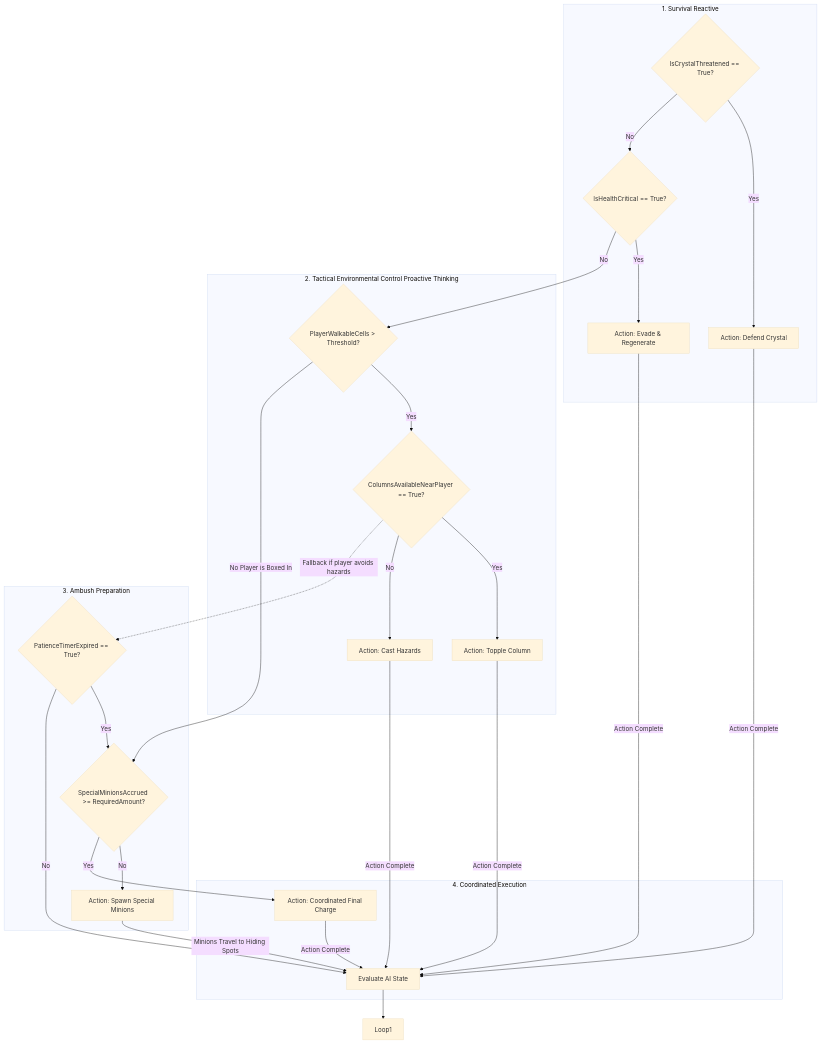
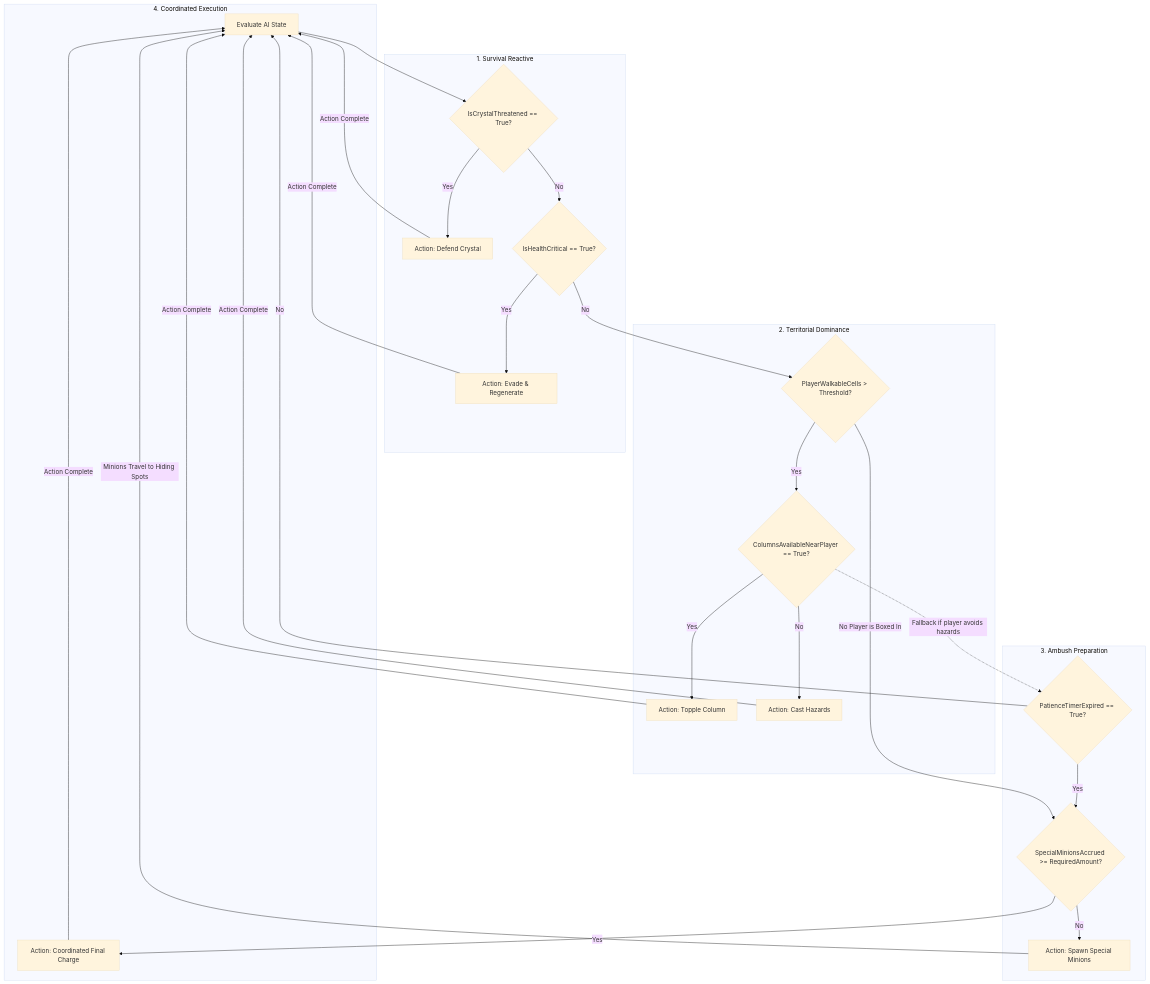
Before and after one commit to NatalieC001/dragonDump: the fourth of 5 diagrams in Quest_Machine_Dragon_Brain_Docs.md, drawn with Mermaid (base theme). The commit also changed other lines of this file, not shown here.

````diff
--- a/Quest_Machine_Dragon_Brain_Docs.md
+++ b/Quest_Machine_Dragon_Brain_Docs.md
@@ -197,42 +196,42 @@
 ```mermaid
 graph TD
-    Idle[Evaluate AI State] --> Loop1
+    Idle[Evaluate AI State] --> IsCrystalThreatened
     
     %% Loop 1: 1. Survival (Reactive)
     subgraph Priority1_Survival [1. Survival Reactive]
         IsCrystalThreatened{IsCrystalThreatened == True?}
         IsCrystalThreatened -- Yes --> Defend[Action: Defend Crystal]
         IsCrystalThreatened -- No --> IsHealthCritical{IsHealthCritical == True?}
         IsHealthCritical -- Yes --> EvadeRegen[Action: Evade & Regenerate]
     end
     
-    %% Loop 2: 2. Tactical Environmental Control (Proactive Thinking)
-    subgraph Priority2_Tactical [2. Tactical Environmental Control Proactive Thinking]
+    %% Loop 2: 2. Territorial Dominance (Proactive Control)
+    subgraph Priority2_Tactical [2. Territorial Dominance]
         IsHealthCritical -- No --> PlayerWalkableCells{PlayerWalkableCells > Threshold?}
         PlayerWalkableCells -- Yes --> ColumnsAvailableNearPlayer{ColumnsAvailableNearPlayer == True?}
         ColumnsAvailableNearPlayer -- Yes --> Topple[Action: Topple Column]
         ColumnsAvailableNearPlayer -- No --> Clouds[Action: Cast Hazards]
     end
     
     %% Loop 3: 3. Ambush Preparation
     subgraph Priority3_Preparation [3. Ambush Preparation]
         %% Adversarial Resilience: The boss will spawn minions if the player is boxed in, OR if the Dragon runs out of patience waiting.
         PlayerWalkableCells -- No Player is Boxed In --> SpecialMinionsAccrued
         ColumnsAvailableNearPlayer -.->|Fallback if player avoids hazards| PatienceTimer{PatienceTimerExpired == True?}
         PatienceTimer -- Yes --> SpecialMinionsAccrued{SpecialMinionsAccrued >= RequiredAmount?}
         SpecialMinionsAccrued -- No --> SpawnHidden[Action: Spawn Special Minions]
     end
     
     %% Loop 4: 4. Coordinated Execution
     subgraph Priority4_Execution [4. Coordinated Execution]
         SpecialMinionsAccrued -- Yes --> FinalCharge[Action: Coordinated Final Charge]
         PatienceTimer -- No --> Idle
     end
     
     Defend -->|Action Complete| Idle
     EvadeRegen -->|Action Complete| Idle
     Topple -->|Action Complete| Idle
     Clouds -->|Action Complete| Idle
     SpawnHidden -->|Minions Travel to Hiding Spots| Idle
     FinalCharge -->|Action Complete| Idle
 ```
````
